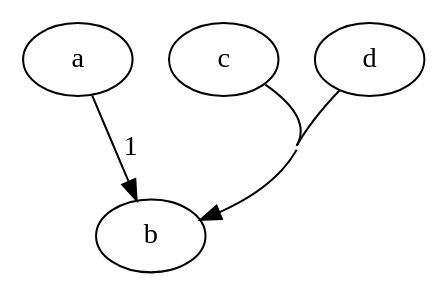
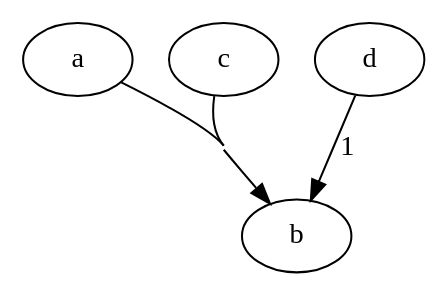
One commit to sisyphus1212/note changed the diagram in dpdk/内存管理.md. Above: the diagram before and after it, drawn with Graphviz.

Commit message:
auto_update

````diff
--- a/dpdk/内存管理.md
+++ b/dpdk/内存管理.md
@@ -16,8 +16,8 @@
 ```graphviz
 digraph {
     concentrate=true
-    a -> b [label="1"]
+    a -> b
     c -> b
-    d -> b
+    d -> b [label="1"]
 }
 ```
````
